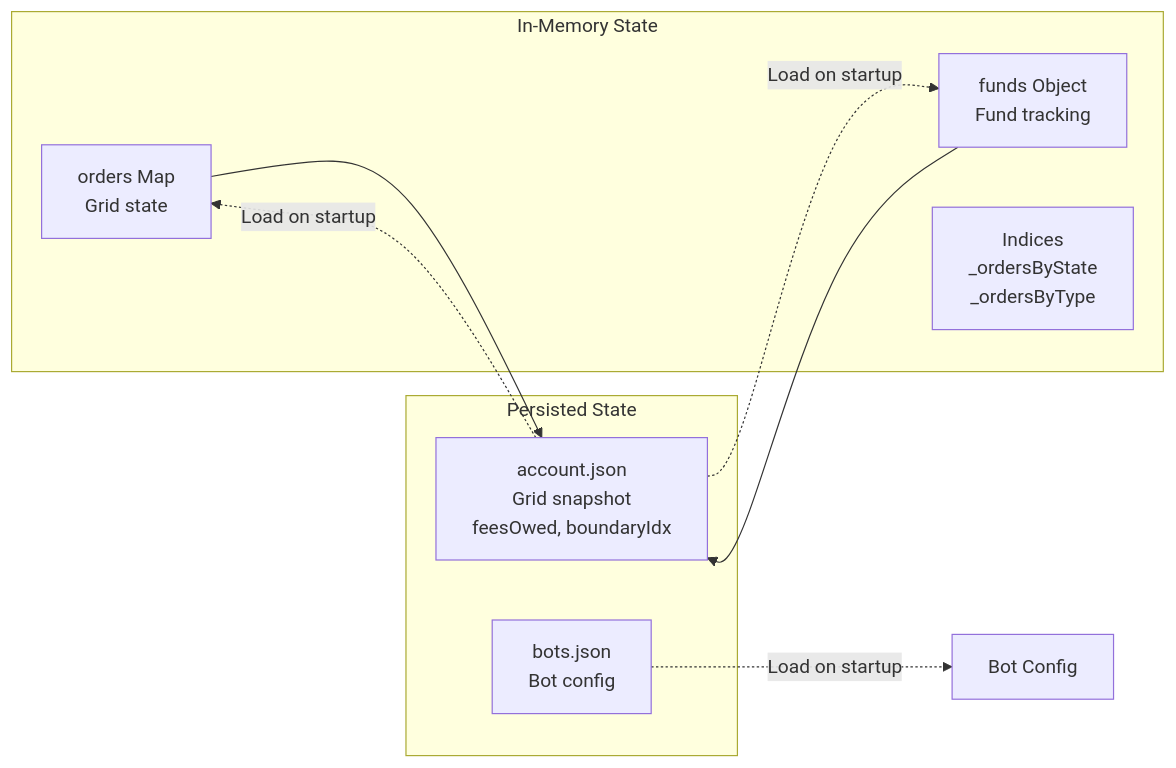
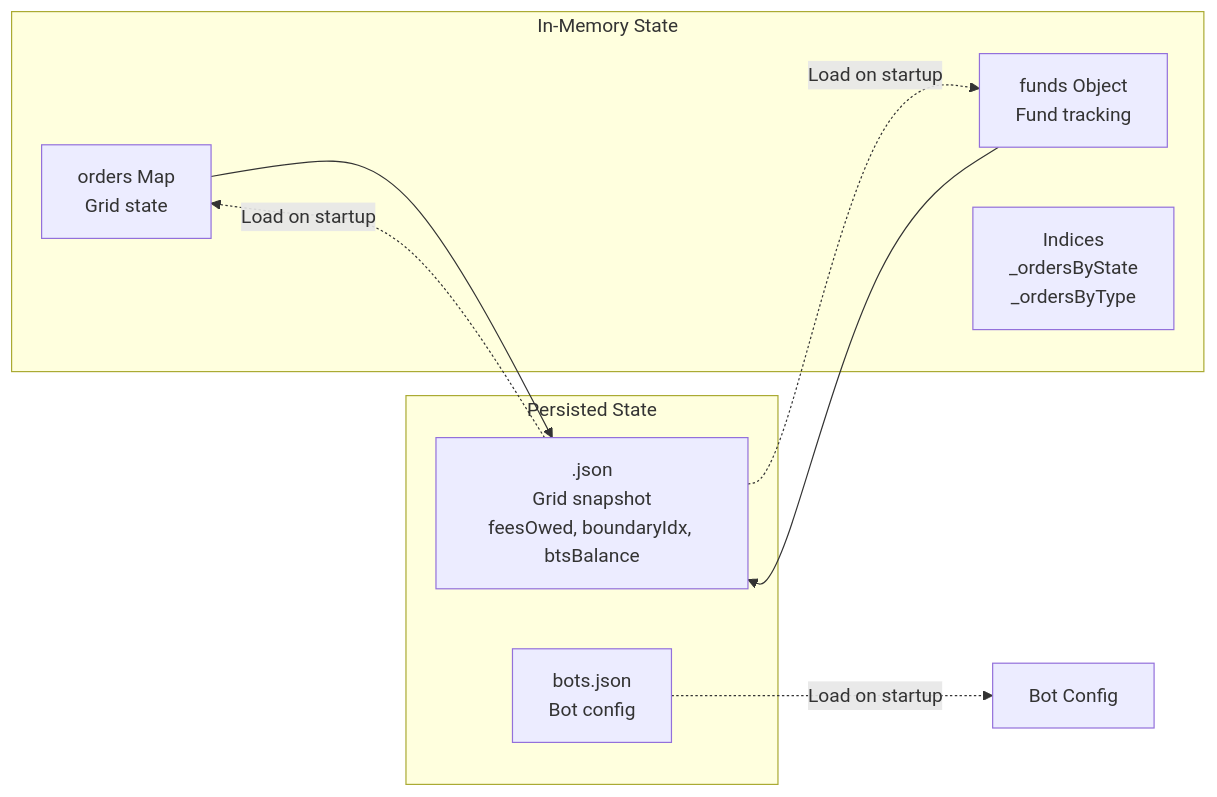
One commit to technologiespro/DEXBot2 changed diagram 12 of 13 in docs/architecture.md. Above: the diagram before and after it, drawn with Mermaid. The commit also changed other lines of this file and 24 other files, not shown here.

````diff
--- a/docs/architecture.md
+++ b/docs/architecture.md
@@ -1046,21 +1046,21 @@
 ```mermaid
 graph LR
     subgraph "In-Memory State"
         ORDERS[orders Map<br/>Grid state]
         FUNDS[funds Object<br/>Fund tracking]
         INDICES[Indices<br/>_ordersByState<br/>_ordersByType]
     end
 
     subgraph "Persisted State"
-        ACCOUNT_JSON[account.json<br/>Grid snapshot<br/>feesOwed, boundaryIdx]
+        ORDERS_JSON[<botKey>.json<br/>Grid snapshot<br/>feesOwed, boundaryIdx, btsBalance]
         BOTS_JSON[bots.json<br/>Bot config]
     end
 
-    ORDERS --> ACCOUNT_JSON
-    FUNDS --> ACCOUNT_JSON
+    ORDERS --> ORDERS_JSON
+    FUNDS --> ORDERS_JSON
 
-    ACCOUNT_JSON -.->|Load on startup| ORDERS
-    ACCOUNT_JSON -.->|Load on startup| FUNDS
+    ORDERS_JSON -.->|Load on startup| ORDERS
+    ORDERS_JSON -.->|Load on startup| FUNDS
 
     BOTS_JSON -.->|Load on startup| CONFIG[Bot Config]
 ```
````
